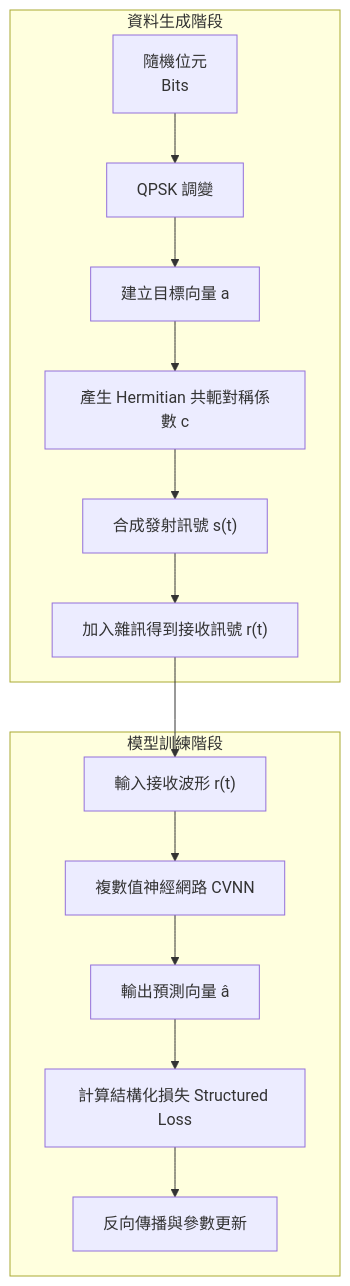
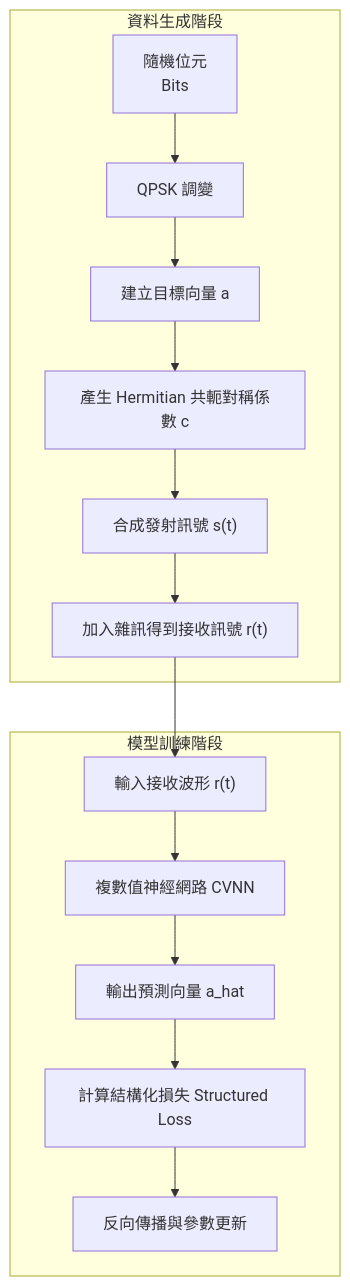
The second of 7 diagrams in README.md (CCH147/CVNN_TEST), drawn with Mermaid before and after one commit. The commit also changed other lines of this file, not shown here.

````diff
--- a/README.md
+++ b/README.md
@@ -174,21 +168,21 @@
 ```mermaid
 flowchart TD
     subgraph A["資料生成階段"]
         A1["隨機位元<br/>Bits"] 
         --> A2["QPSK 調變"]
         --> A3["建立目標向量 a"]
         --> A4["產生 Hermitian 共軛對稱係數 c"]
         --> A5["合成發射訊號 s(t)"]
         --> A6["加入雜訊得到接收訊號 r(t)"]
     end
 
     subgraph B["模型訓練階段"]
         B1["輸入接收波形 r(t)"] 
         --> B2["複數值神經網路 CVNN"]
-        --> B3["輸出預測向量 â"]
+        --> B3["輸出預測向量 a_hat"]
         --> B4["計算結構化損失 Structured Loss"]
         --> B5["反向傳播與參數更新"]
     end
 
     A6 --> B1
 ```
````
